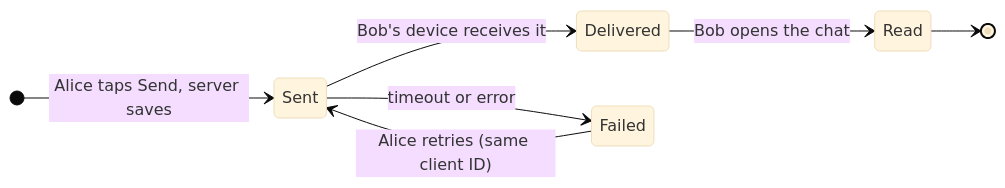
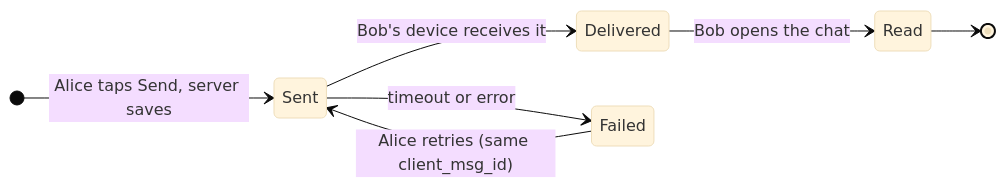
One commit to shiningflash/system-design changed the first of 11 diagrams in problems/003-chat-system/question.md. Above: the diagram before and after it, drawn with Mermaid (base theme). The commit also changed other lines of this file and 37 other files, not shown here.

````diff
--- a/problems/003-chat-system/question.md
+++ b/problems/003-chat-system/question.md
@@ -36,10 +31,10 @@
 ```mermaid
 stateDiagram-v2
     direction LR
     [*] --> Sent: Alice taps Send, server saves
     Sent --> Delivered: Bob's device receives it
     Delivered --> Read: Bob opens the chat
     Read --> [*]
     Sent --> Failed: timeout or error
-    Failed --> Sent: Alice retries (same client ID)
+    Failed --> Sent: Alice retries (same client_msg_id)
 ```
````
